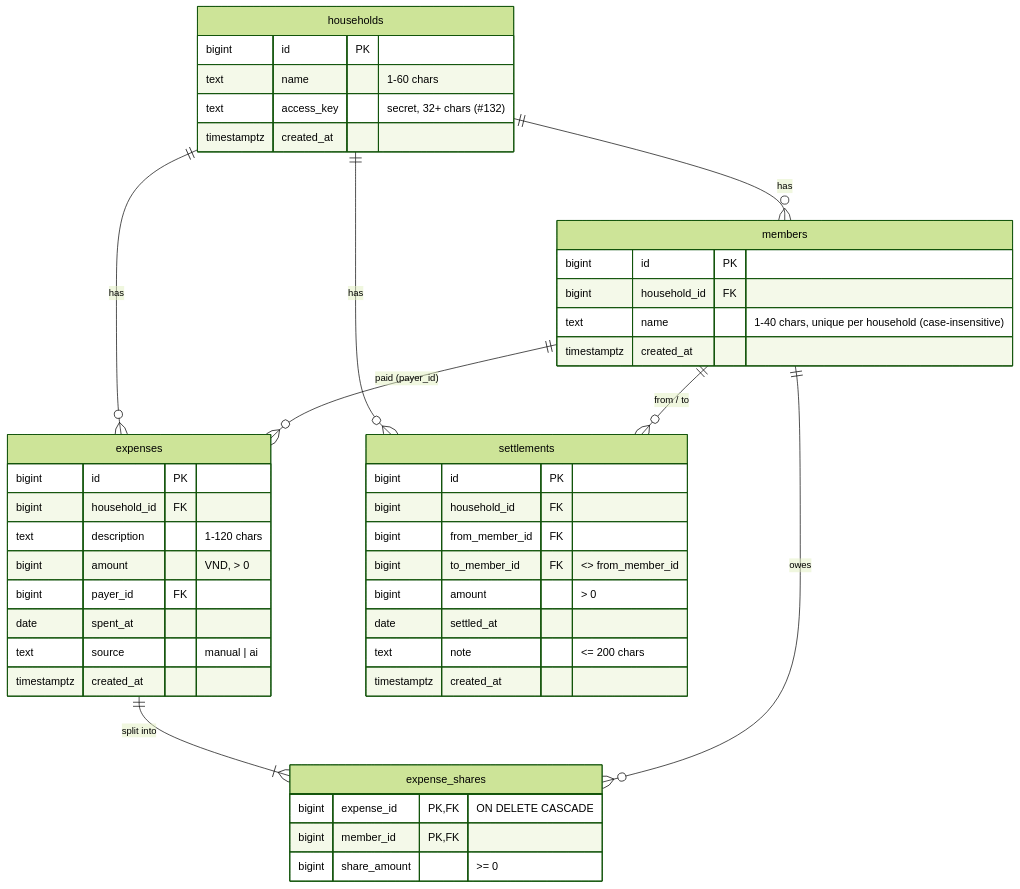
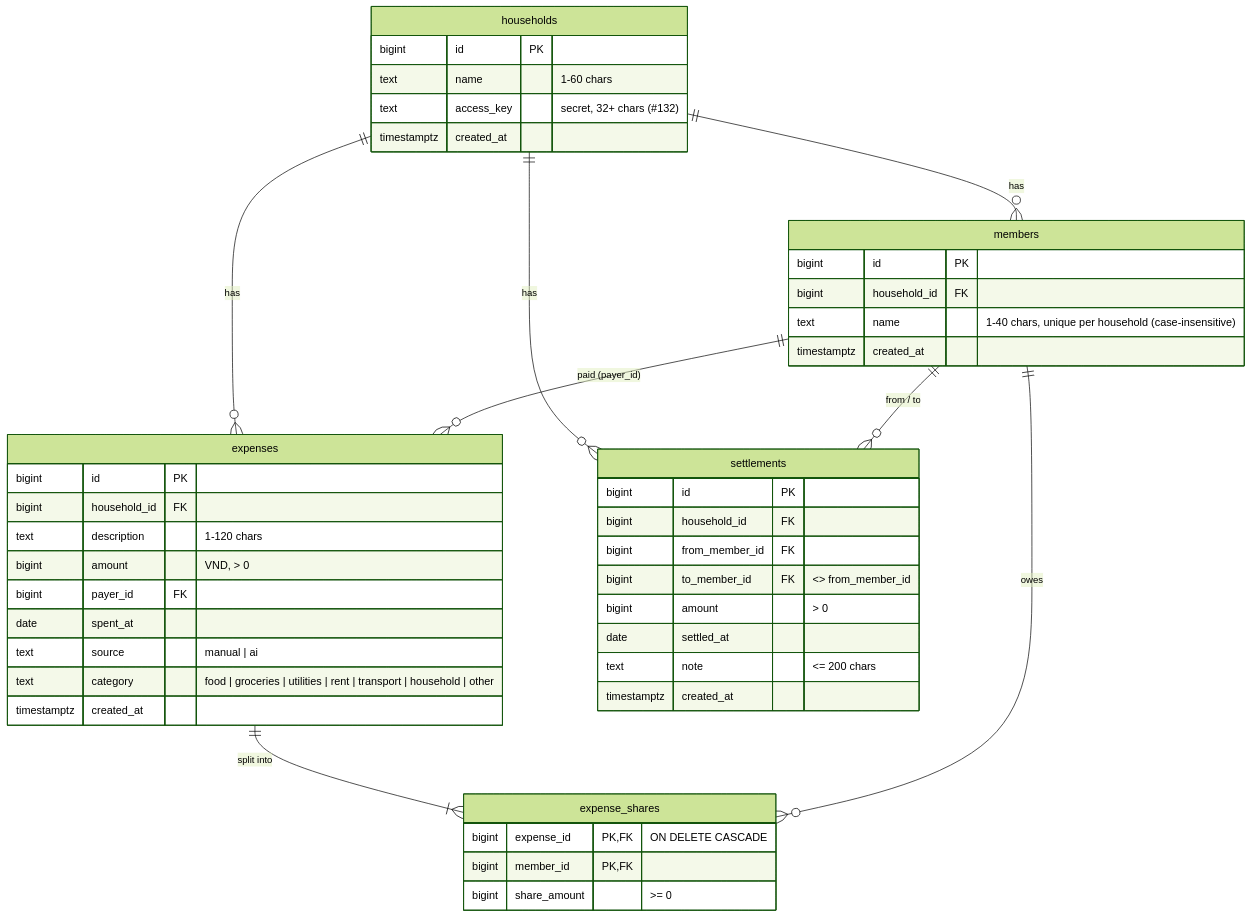
Before and after one commit to NeitLN/Fair-Share: the third of 5 diagrams in docs/ARCHITECTURE.md, drawn with Mermaid (forest theme). The commit also changed other lines of this file and 5 other files, not shown here.

First line of the commit message:
feat(api): an expense has a category, "other" unless one is sent

````diff
--- a/docs/ARCHITECTURE.md
+++ b/docs/ARCHITECTURE.md
@@ -125,48 +125,49 @@
 ```mermaid
 erDiagram
     households ||--o{ members : has
     households ||--o{ expenses : has
     households ||--o{ settlements : has
     members ||--o{ expenses : "paid (payer_id)"
     expenses ||--|{ expense_shares : "split into"
     members ||--o{ expense_shares : owes
     members ||--o{ settlements : "from / to"
 
     households {
         bigint id PK
         text name "1-60 chars"
         text access_key "secret, 32+ chars (#132)"
         timestamptz created_at
     }
     members {
         bigint id PK
         bigint household_id FK
         text name "1-40 chars, unique per household (case-insensitive)"
         timestamptz created_at
     }
     expenses {
         bigint id PK
         bigint household_id FK
         text description "1-120 chars"
         bigint amount "VND, > 0"
         bigint payer_id FK
         date spent_at
         text source "manual | ai"
+        text category "food | groceries | utilities | rent | transport | household | other"
         timestamptz created_at
     }
     expense_shares {
         bigint expense_id PK,FK "ON DELETE CASCADE"
         bigint member_id PK,FK
         bigint share_amount ">= 0"
     }
     settlements {
         bigint id PK
         bigint household_id FK
         bigint from_member_id FK
         bigint to_member_id FK "<> from_member_id"
         bigint amount "> 0"
         date settled_at
         text note "<= 200 chars"
         timestamptz created_at
     }
 ```
````
